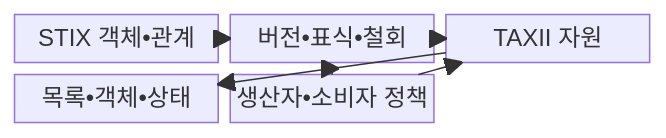
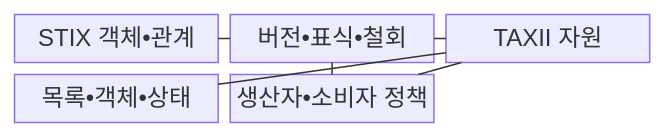
The first of 2 diagrams in src/content/docs/notes/05-security/032_stix_taxii.md (agnusdei1207/knowledge-base), drawn with Mermaid before and after one commit. The commit also changed other lines of this file and 493 other files, not shown here.

````diff
--- a/src/content/docs/notes/05-security/032_stix_taxii.md
+++ b/src/content/docs/notes/05-security/032_stix_taxii.md
@@ -67,14 +67,14 @@
 ```mermaid
-block
+block-beta
     columns 3
     A["STIX 객체•관계"]
     B["버전•표식•철회"]
     C["TAXII 자원"]
     D["목록•객체•상태"]
     E["생산자•소비자 정책"]
-    A --> B
-    B --> C
-    C --> D
-    E --> B
-    E --> C
+    A --- B
+    B --- C
+    C --- D
+    E --- B
+    E --- C
 ```
````
